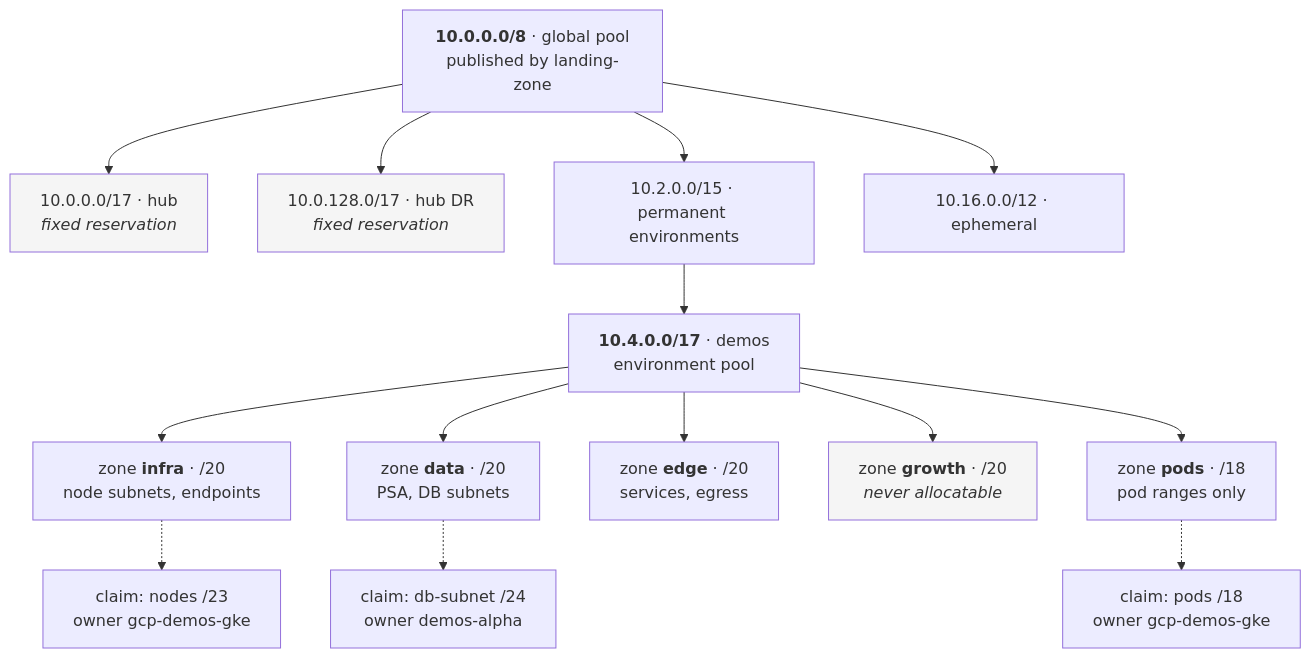
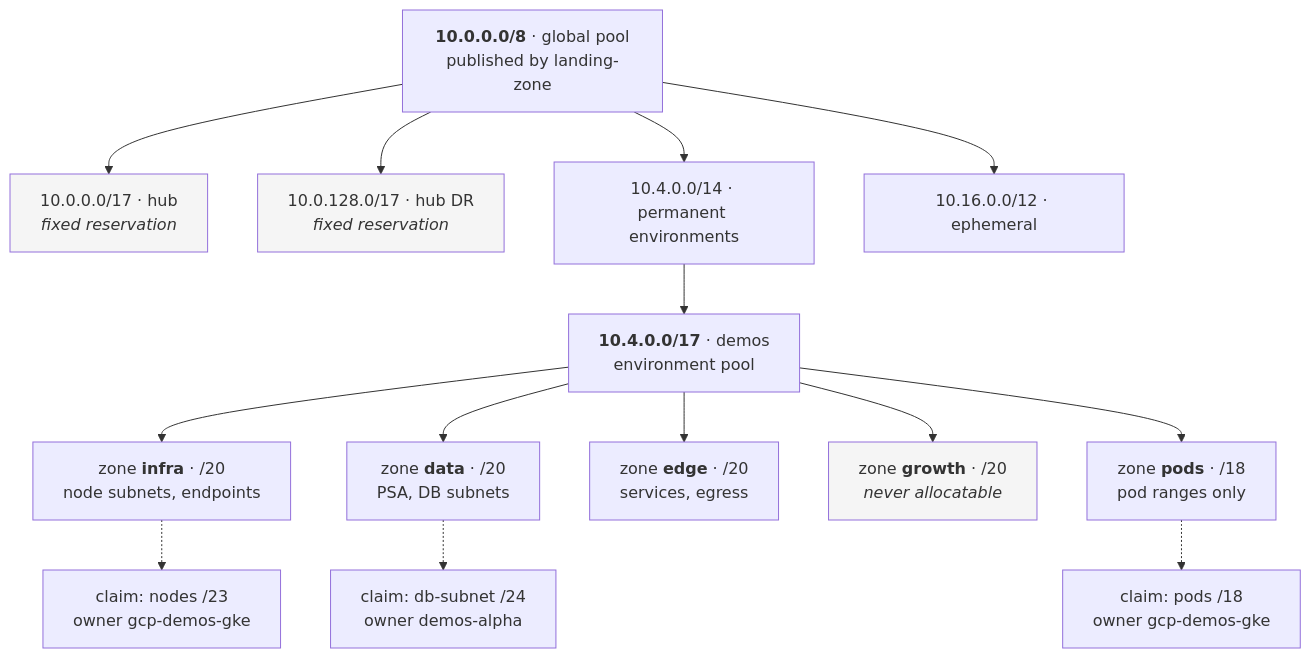
Before and after one commit to aescanero/proposal_documents: the sixth of 19 diagrams in docs/platform-overview.md, drawn with Mermaid. The commit also changed other lines of this file and 15 other files, not shown here.

````diff
--- a/docs/platform-overview.md
+++ b/docs/platform-overview.md
@@ -158,24 +158,24 @@
 ```mermaid
 flowchart TD
     G["<b>10.0.0.0/8</b> · global pool<br/>published by landing-zone"]
     G --> HUB["10.0.0.0/17 · hub<br/><i>fixed reservation</i>"]
     G --> HUBDR["10.0.128.0/17 · hub DR<br/><i>fixed reservation</i>"]
-    G --> PERM["10.2.0.0/15 · permanent environments"]
+    G --> PERM["10.4.0.0/14 · permanent environments"]
     G --> EPH["10.16.0.0/12 · ephemeral"]
 
     PERM --> ENV["<b>10.4.0.0/17</b> · demos<br/>environment pool"]
 
     ENV --> Z1["zone <b>infra</b> · /20<br/>node subnets, endpoints"]
     ENV --> Z2["zone <b>data</b> · /20<br/>PSA, DB subnets"]
     ENV --> Z3["zone <b>edge</b> · /20<br/>services, egress"]
     ENV --> Z4["zone <b>growth</b> · /20<br/><i>never allocatable</i>"]
     ENV --> Z5["zone <b>pods</b> · /18<br/>pod ranges only"]
 
     Z1 -.-> C1["claim: nodes /23<br/>owner gcp-demos-gke"]
     Z5 -.-> C2["claim: pods /18<br/>owner gcp-demos-gke"]
     Z2 -.-> C3["claim: db-subnet /24<br/>owner demos-alpha"]
 
     style HUB fill:#f5f5f5
     style HUBDR fill:#f5f5f5
     style Z4 fill:#f5f5f5
 ```
````
